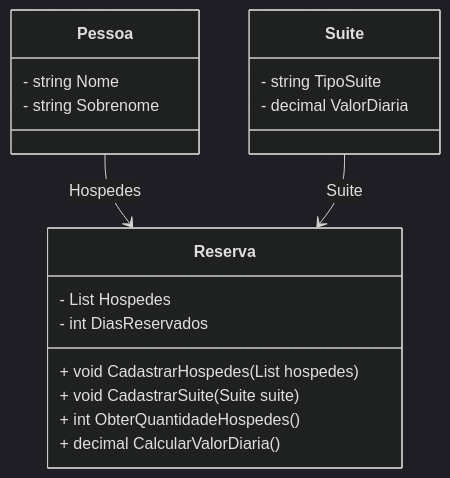
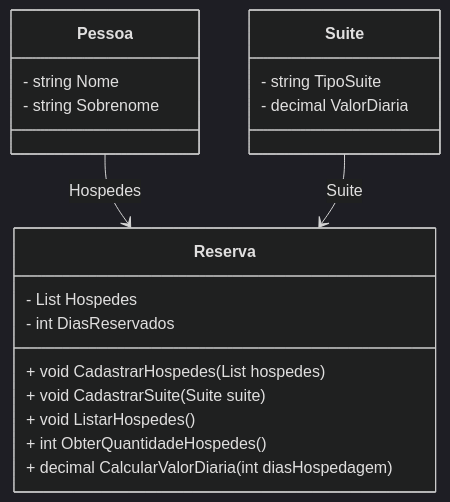
The diagram in README.md (FigFelipe/dio-sistema-hospedagem-hotel-csharp), drawn with Mermaid (dark theme) before and after one commit.

````diff
--- a/README.md
+++ b/README.md
@@ -33,24 +33,25 @@
 ```mermaid
 classDiagram
     class Pessoa {
         - string Nome
         - string Sobrenome
     }
 
     class Suite {
         - string TipoSuite
         - decimal ValorDiaria
     }
 
     class Reserva {
         - List<Pessoa> Hospedes
         - int DiasReservados
         + void CadastrarHospedes(List<Pessoa> hospedes)
         + void CadastrarSuite(Suite suite)
+        + void ListarHospedes()
         + int ObterQuantidadeHospedes()
-        + decimal CalcularValorDiaria()
+        + decimal CalcularValorDiaria(int diasHospedagem)
     }
 
     Pessoa --> Reserva : Hospedes
     Suite --> Reserva : Suite
 ```
````
